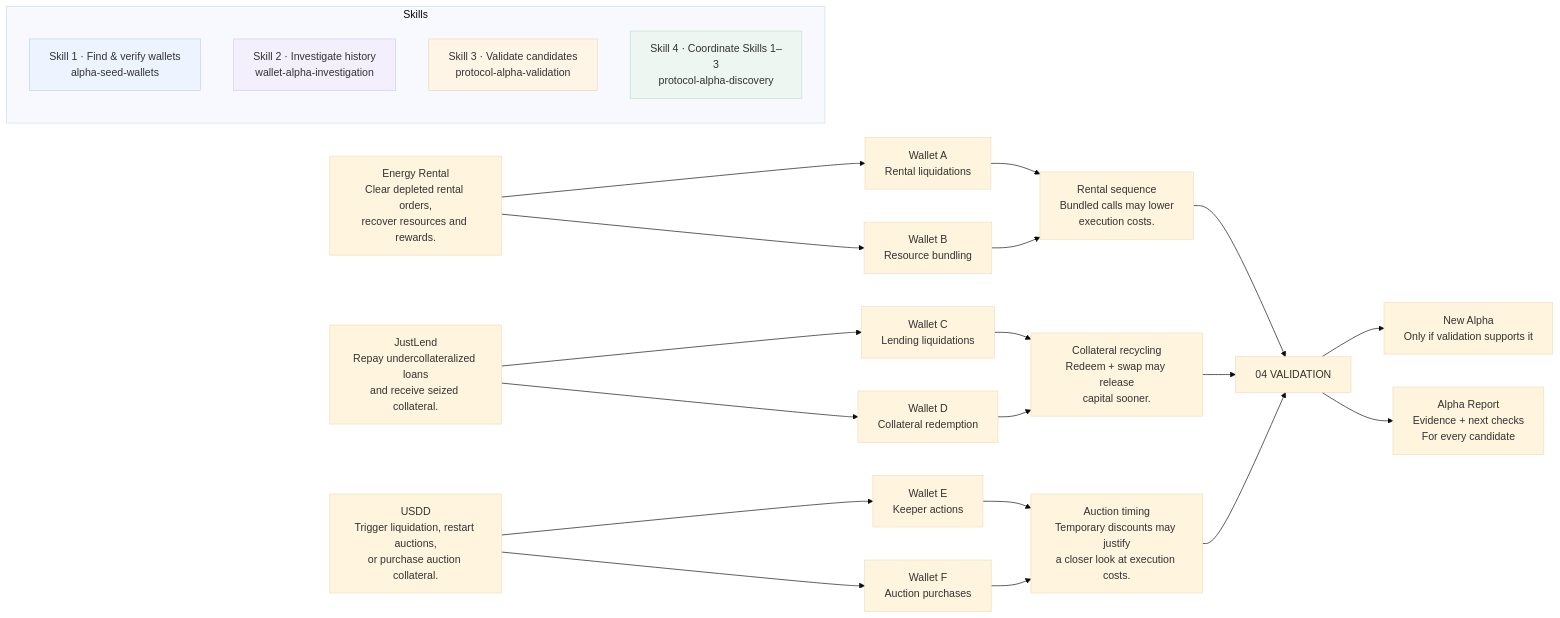
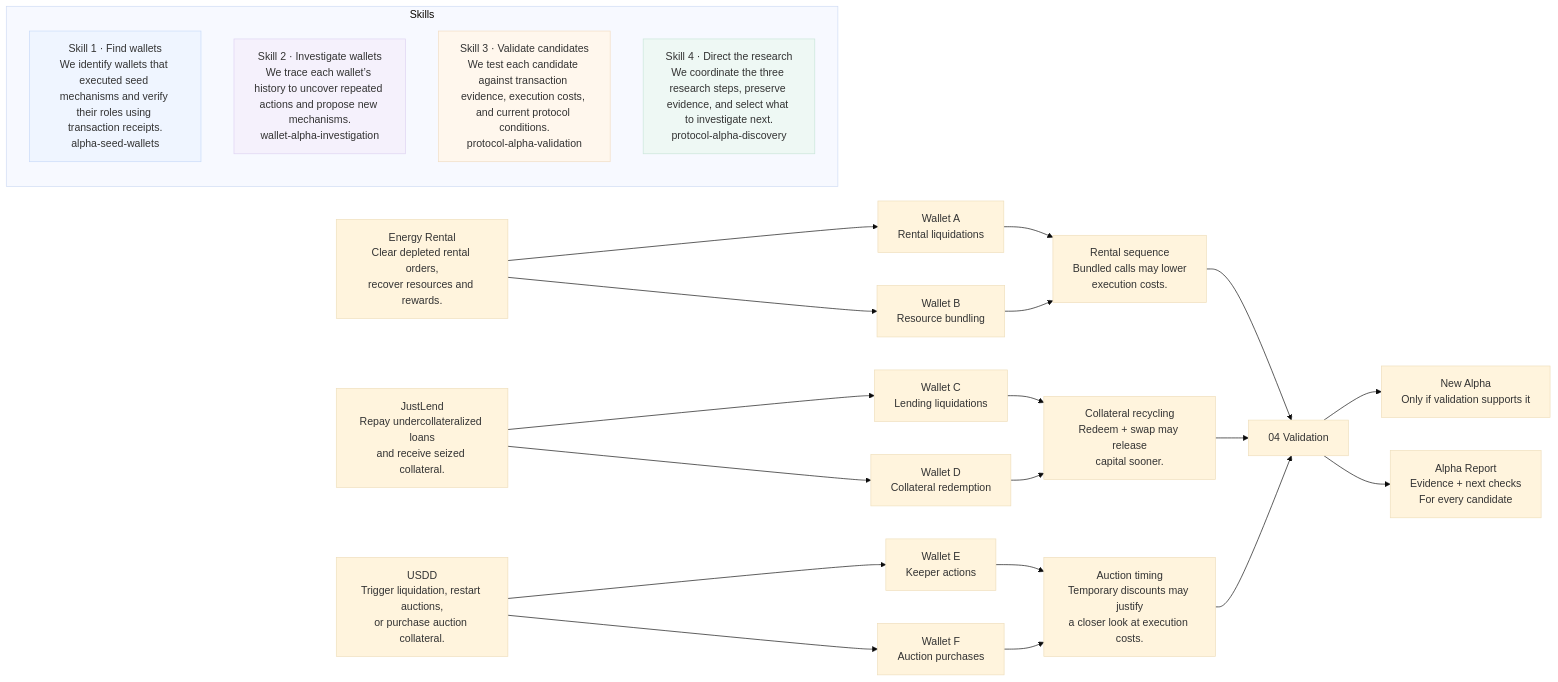
Before and after one commit to qinyh10300/protocol-alpha-finder: the diagram in docs/diagrams/system-architecture-en.mmd, drawn with Mermaid (base theme). The commit also changed 16 other files, not shown here.

Commit message:
docs: redesign research diagrams around Skills and evidence cycle

```diff
--- a/docs/diagrams/system-architecture-en.mmd
+++ b/docs/diagrams/system-architecture-en.mmd
@@ -1,44 +1,44 @@
 %% Skill labels belong below the flow in the SVG illustration.
 flowchart LR
     SEED0["Energy Rental<br/>Clear depleted rental orders,<br/>recover resources and rewards."]
     SEED1["JustLend<br/>Repay undercollateralized loans<br/>and receive seized collateral."]
     SEED2["USDD<br/>Trigger liquidation, restart auctions,<br/>or purchase auction collateral."]
     WALLET0["Wallet A<br/>Rental liquidations"]
     WALLET1["Wallet B<br/>Resource bundling"]
     WALLET2["Wallet C<br/>Lending liquidations"]
     WALLET3["Wallet D<br/>Collateral redemption"]
     WALLET4["Wallet E<br/>Keeper actions"]
     WALLET5["Wallet F<br/>Auction purchases"]
     CANDIDATE0["Rental sequence<br/>Bundled calls may lower<br/>execution costs."]
     CANDIDATE1["Collateral recycling<br/>Redeem + swap may release<br/>capital sooner."]
     CANDIDATE2["Auction timing<br/>Temporary discounts may justify<br/>a closer look at execution costs."]
     SEED0 --> WALLET0
     WALLET0 --> CANDIDATE0
     SEED0 --> WALLET1
     WALLET1 --> CANDIDATE0
     CANDIDATE0 --> VALIDATION
     SEED1 --> WALLET2
     WALLET2 --> CANDIDATE1
     SEED1 --> WALLET3
     WALLET3 --> CANDIDATE1
     CANDIDATE1 --> VALIDATION
     SEED2 --> WALLET4
     WALLET4 --> CANDIDATE2
     SEED2 --> WALLET5
     WALLET5 --> CANDIDATE2
     CANDIDATE2 --> VALIDATION
-    VALIDATION["04  VALIDATION"]
+    VALIDATION["04  Validation"]
     NEW["New Alpha<br/>Only if validation supports it"]
     REPORT["Alpha Report<br/>Evidence + next checks<br/>For every candidate"]
     VALIDATION --> NEW
     VALIDATION --> REPORT
     subgraph SKILLS["Skills"]
-        S0["Skill 1 · Find & verify wallets<br/>alpha-seed-wallets"]
-        S1["Skill 2 · Investigate history<br/>wallet-alpha-investigation"]
-        S2["Skill 3 · Validate candidates<br/>protocol-alpha-validation"]
-        S3["Skill 4 · Coordinate Skills 1–3<br/>protocol-alpha-discovery"]
+        S0["Skill 1 · Find wallets<br/>We identify wallets that executed seed mechanisms and verify their roles using transaction receipts.<br/>alpha-seed-wallets"]
+        S1["Skill 2 · Investigate wallets<br/>We trace each wallet’s history to uncover repeated actions and propose new mechanisms.<br/>wallet-alpha-investigation"]
+        S2["Skill 3 · Validate candidates<br/>We test each candidate against transaction evidence, execution costs, and current protocol conditions.<br/>protocol-alpha-validation"]
+        S3["Skill 4 · Direct the research<br/>We coordinate the three research steps, preserve evidence, and select what to investigate next.<br/>protocol-alpha-discovery"]
     end
-    style S0 fill:#edf4ff,stroke:#bfd3f2
-    style S1 fill:#f4effc,stroke:#d8caec
-    style S2 fill:#fff5e6,stroke:#ecd8b5
-    style S3 fill:#edf6f0,stroke:#c5ddce
+    style S0 fill:#eff5ff,stroke:#c8daf8
+    style S1 fill:#f5f1fc,stroke:#ded2f2
+    style S2 fill:#fff7ed,stroke:#f1dcc2
+    style S3 fill:#eef8f4,stroke:#c9e5d9
```
